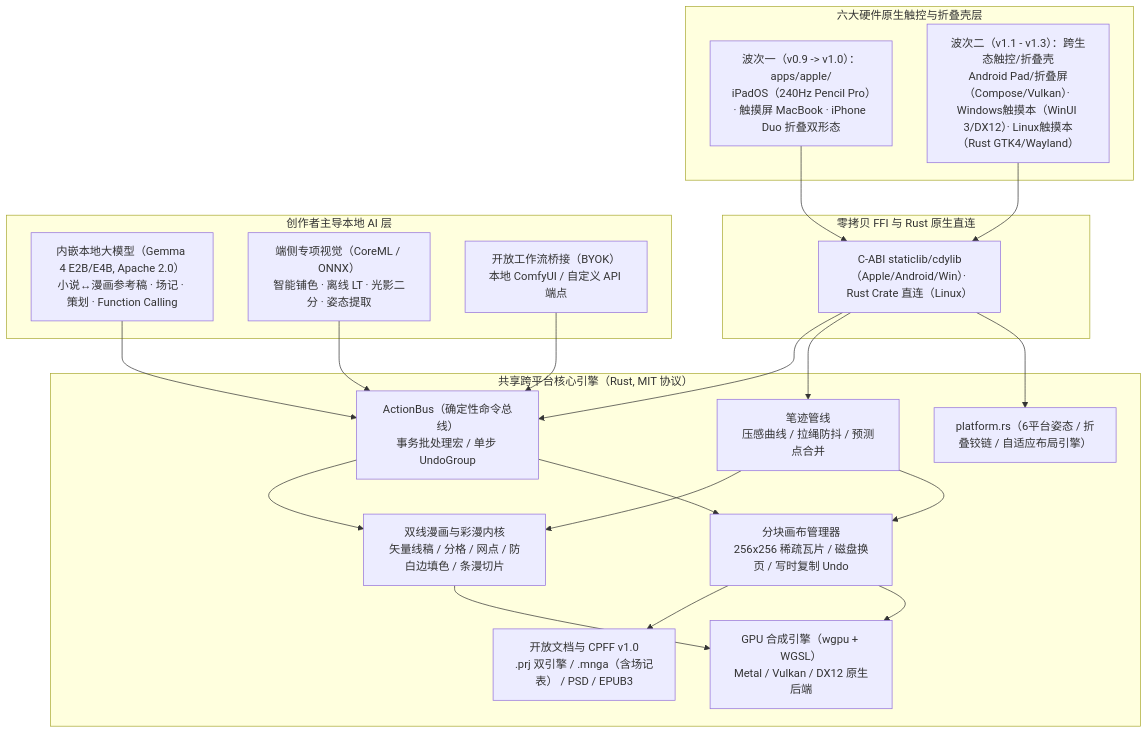
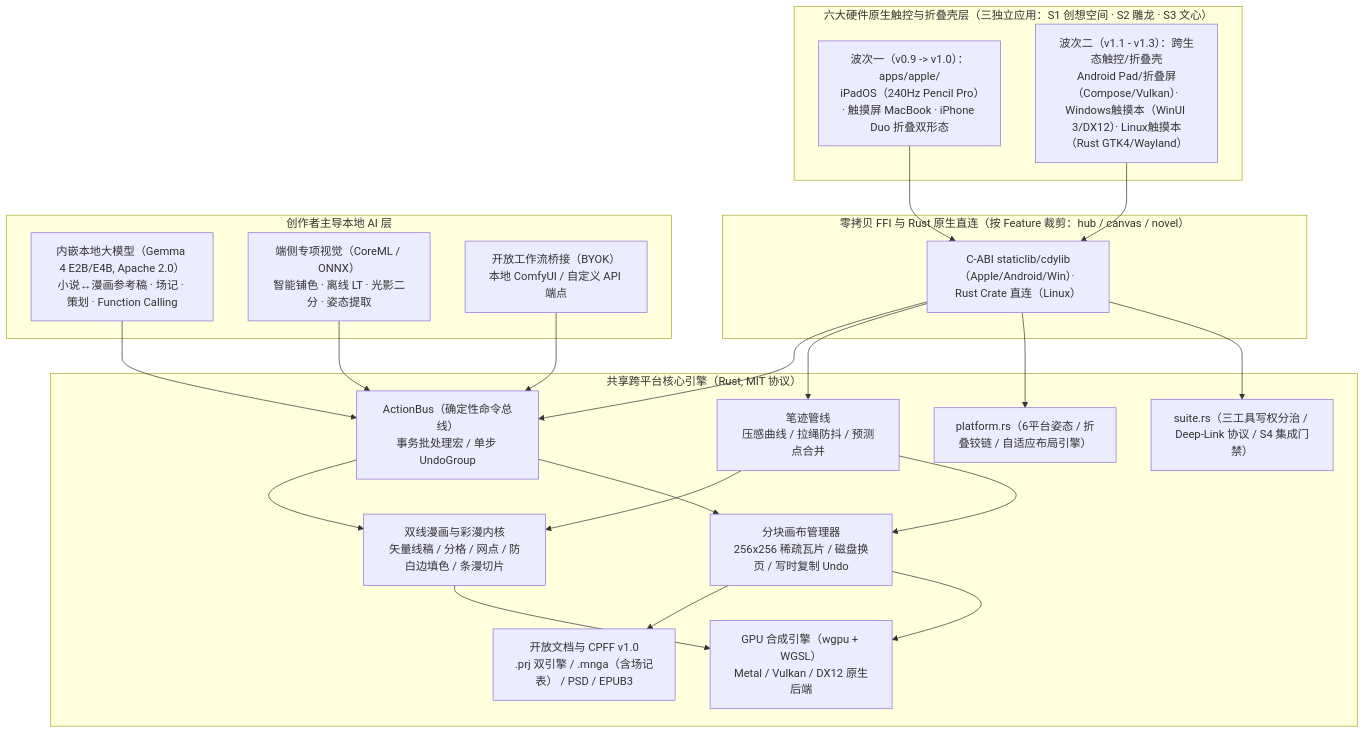
The diagram in README.zh-CN.md (70sDushuren/About-Paint-Tools), drawn with Mermaid before and after one commit. The commit also changed other lines of this file and 33 other files, not shown here.

````diff
--- a/README.zh-CN.md
+++ b/README.zh-CN.md
@@ -33,43 +37,45 @@
 ```mermaid
 flowchart TD
-    subgraph UI["六大硬件原生触控与折叠壳层"]
+    subgraph UI["六大硬件原生触控与折叠壳层（三独立应用：S1 创想空间 · S2 雕龙 · S3 文心）"]
         Apple["波次一（v0.9 -> v1.0）：apps/apple/<br/>iPadOS（240Hz Pencil Pro）· 触摸屏 MacBook · iPhone Duo 折叠双形态"]
         Wave2["波次二（v1.1 - v1.3）：跨生态触控/折叠壳<br/>Android Pad/折叠屏（Compose/Vulkan）· Windows触摸本（WinUI 3/DX12）· Linux触摸本（Rust GTK4/Wayland）"]
     end
 
-    subgraph Bridge["零拷贝 FFI 与 Rust 原生直连"]
+    subgraph Bridge["零拷贝 FFI 与 Rust 原生直连（按 Feature 裁剪：hub / canvas / novel）"]
         FFI["C-ABI staticlib/cdylib（Apple/Android/Win）· Rust Crate 直连（Linux）"]
     end
 
     subgraph Core["共享跨平台核心引擎（Rust, MIT 协议）"]
+        Suite["suite.rs（三工具写权分治 / Deep-Link 协议 / S4 集成门禁）"]
         Platform["platform.rs（6平台姿态 / 折叠铰链 / 自适应布局引擎）"]
         Bus["ActionBus（确定性命令总线）<br/>事务批处理宏 / 单步 UndoGroup"]
         Input["笔迹管线<br/>压感曲线 / 拉绳防抖 / 预测点合并"]
         Canvas["分块画布管理器<br/>256x256 稀疏瓦片 / 磁盘换页 / 写时复制 Undo"]
         Vector["双线漫画与彩漫内核<br/>矢量线稿 / 分格 / 网点 / 防白边填色 / 条漫切片"]
         Render["GPU 合成引擎（wgpu + WGSL）<br/>Metal / Vulkan / DX12 原生后端"]
         IO["开放文档与 CPFF v1.0<br/>.prj 双引擎 / .mnga（含场记表） / PSD / EPUB3"]
     end
 
     subgraph AI["创作者主导本地 AI 层"]
         Gemma["内嵌本地大模型（Gemma 4 E2B/E4B, Apache 2.0）<br/>小说↔漫画参考稿 · 场记 · 策划 · Function Calling"]
         Vision["端侧专项视觉（CoreML / ONNX）<br/>智能铺色 · 离线 LT · 光影二分 · 姿态提取"]
         BridgeAI["开放工作流桥接（BYOK）<br/>本地 ComfyUI / 自定义 API 端点"]
     end
 
     Apple --> FFI
     Wave2 --> FFI
+    FFI --> Suite
     FFI --> Platform
     FFI --> Input
     FFI --> Bus
     Gemma --> Bus
     Vision --> Bus
     BridgeAI --> Bus
     Bus --> Canvas
     Bus --> Vector
     Input --> Canvas
     Input --> Vector
     Canvas --> Render
     Vector --> Render
     Canvas --> IO
 ```
````
